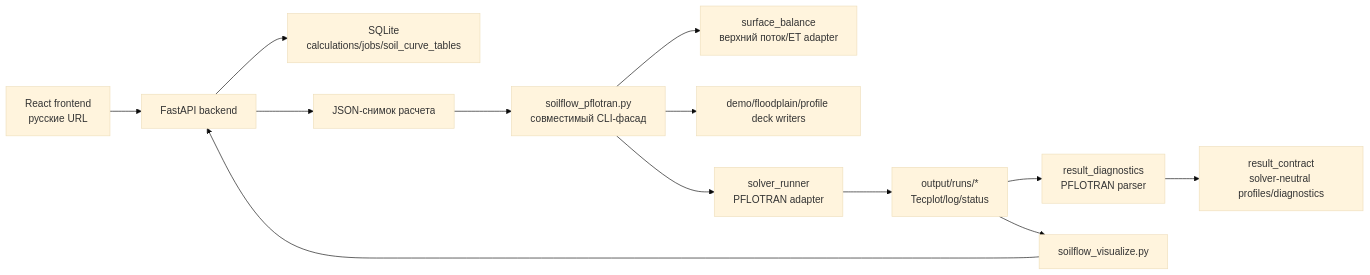
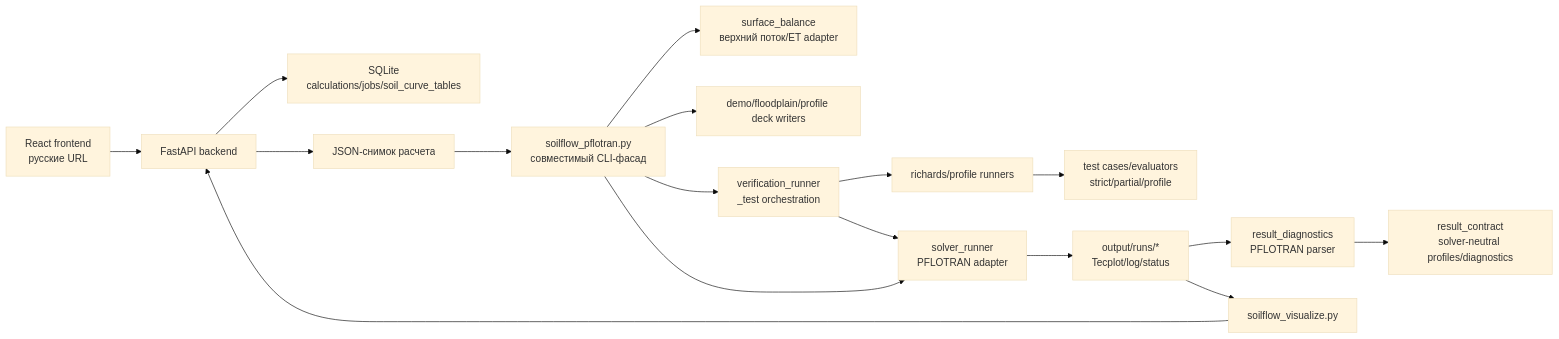
One commit to kornix-tech/water_flow changed the diagram in pflotran_soilflow_docker_tested/docs/ARCHITECTURE_RU.md. Above: the diagram before and after it, drawn with Mermaid (base theme). The commit also changed other lines of this file and 15 other files, not shown here.

````diff
--- a/pflotran_soilflow_docker_tested/docs/ARCHITECTURE_RU.md
+++ b/pflotran_soilflow_docker_tested/docs/ARCHITECTURE_RU.md
@@ -10,15 +10,19 @@
 ```mermaid
 flowchart LR
     UI["React frontend\nрусские URL"] --> API["FastAPI backend"]
     API --> DB["SQLite\ncalculations/jobs/soil_curve_tables"]
     API --> Snapshot["JSON-снимок расчета"]
     Snapshot --> CLI["soilflow_pflotran.py\nсовместимый CLI-фасад"]
     CLI --> Surface["surface_balance\nверхний поток/ET adapter"]
     CLI --> Deck["demo/floodplain/profile deck writers"]
+    CLI --> TestRunner["verification_runner\n_test orchestration"]
+    TestRunner --> FamilyRunner["richards/profile runners"]
+    FamilyRunner --> TestCases["test cases/evaluators\nstrict/partial/profile"]
     CLI --> Solver["solver_runner\nPFLOTRAN adapter"]
+    TestRunner --> Solver
     Solver --> Raw["output/runs/*\nTecplot/log/status"]
     Raw --> Parser["result_diagnostics\nPFLOTRAN parser"]
     Parser --> Contract["result_contract\nsolver-neutral profiles/diagnostics"]
     Raw --> Viz["soilflow_visualize.py"]
     Viz --> API
 ```
````
